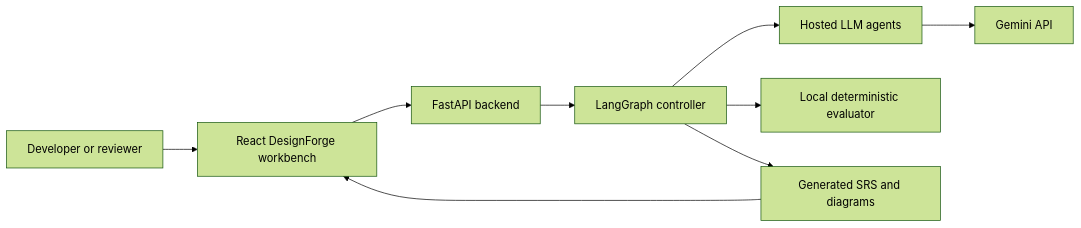
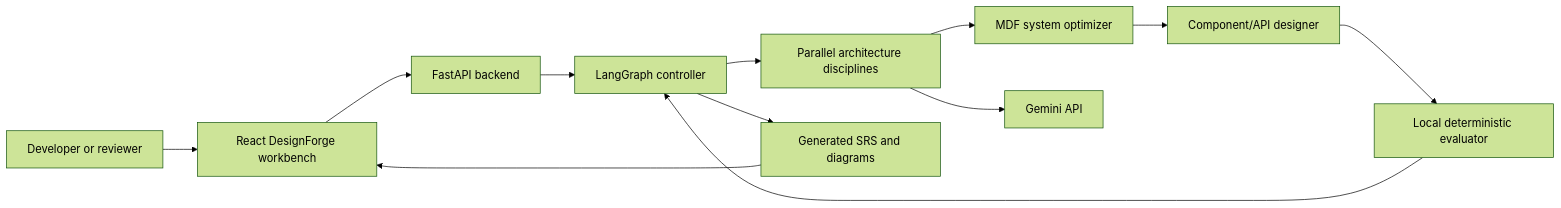
One commit to hardikkanfade/Multi-Agent-Framework-for-Requirements-to-System-Design changed the first of 11 diagrams in docs/PROJECT_TECHNICAL_EXPLANATION.md. Above: the diagram before and after it, drawn with Mermaid (forest theme). The commit also changed other lines of this file and 7 other files, not shown here.

````diff
--- a/docs/PROJECT_TECHNICAL_EXPLANATION.md
+++ b/docs/PROJECT_TECHNICAL_EXPLANATION.md
@@ -840,19 +849,24 @@
 ```mermaid
 flowchart LR
 	USER[Developer or reviewer]
 	UI[React DesignForge workbench]
 	API[FastAPI backend]
 	GRAPH[LangGraph controller]
-	AGENTS[Hosted LLM agents]
+	DISCIPLINES[Parallel architecture disciplines]
+	OPTIMIZER[MDF system optimizer]
+	DESIGN[Component/API designer]
 	RULES[Local deterministic evaluator]
 	DOCS[Generated SRS and diagrams]
 	PROVIDER[Gemini API]
 	USER --> UI
 	UI --> API
 	API --> GRAPH
-	GRAPH --> AGENTS
-	AGENTS --> PROVIDER
-	GRAPH --> RULES
+	GRAPH --> DISCIPLINES
+	DISCIPLINES --> PROVIDER
+	DISCIPLINES --> OPTIMIZER
+	OPTIMIZER --> DESIGN
+	DESIGN --> RULES
+	RULES --> GRAPH
 	GRAPH --> DOCS
 	DOCS --> UI
 ```
````
